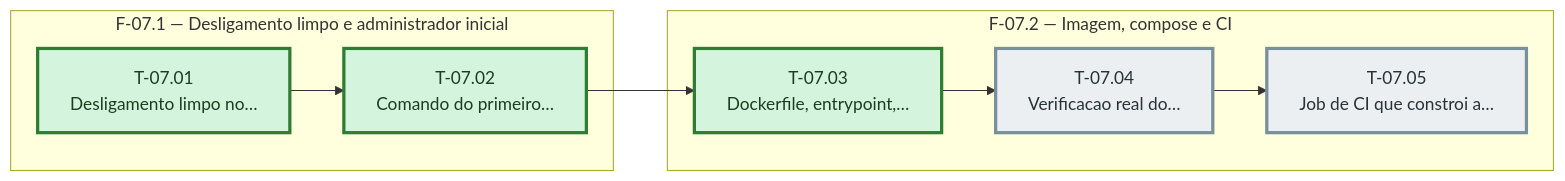
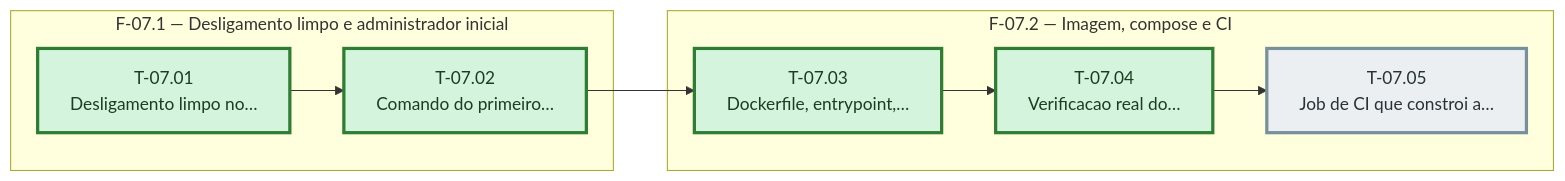
The diagram in docs/operacao-e-backup/sprint-07/fases.md (bittencourtthulio/converse-chatbot), drawn with Mermaid before and after one commit. The commit also changed 4 other files, not shown here.

````diff
--- a/docs/operacao-e-backup/sprint-07/fases.md
+++ b/docs/operacao-e-backup/sprint-07/fases.md
@@ -31,30 +31,30 @@
 ```mermaid
 %% Grafo de tasks — sprint-07 — gerado pela sprintx a partir de tasks.md
 flowchart LR
   subgraph fase_07_1["F-07.1 — Desligamento limpo e administrador inicial"]
     T_07_01["T-07.01<br/>Desligamento limpo no…"]
     T_07_02["T-07.02<br/>Comando do primeiro…"]
   end
   subgraph fase_07_2["F-07.2 — Imagem, compose e CI"]
     T_07_03["T-07.03<br/>Dockerfile, entrypoint,…"]
     T_07_04["T-07.04<br/>Verificacao real do…"]
     T_07_05["T-07.05<br/>Job de CI que constroi a…"]
   end
   T_07_01 --> T_07_02
   T_07_02 --> T_07_03
   T_07_03 --> T_07_04
   T_07_04 --> T_07_05
 
   classDef concluida fill:#d4f4dd,stroke:#2e7d32,color:#1b3d20
   classDef andamento fill:#fff3cd,stroke:#b8860b,color:#4a3800
   classDef bloqueada fill:#f8d7da,stroke:#c62828,color:#4a1d1f
   classDef pendente  fill:#eceff1,stroke:#78909c,color:#263238
   classDef critico   stroke-width:3px
 
   class T_07_01 concluida
   class T_07_02 concluida
   class T_07_03 concluida
-  class T_07_04 pendente
+  class T_07_04 concluida
   class T_07_05 pendente
   class T_07_05,T_07_04,T_07_03,T_07_02,T_07_01 critico
 ```
````
